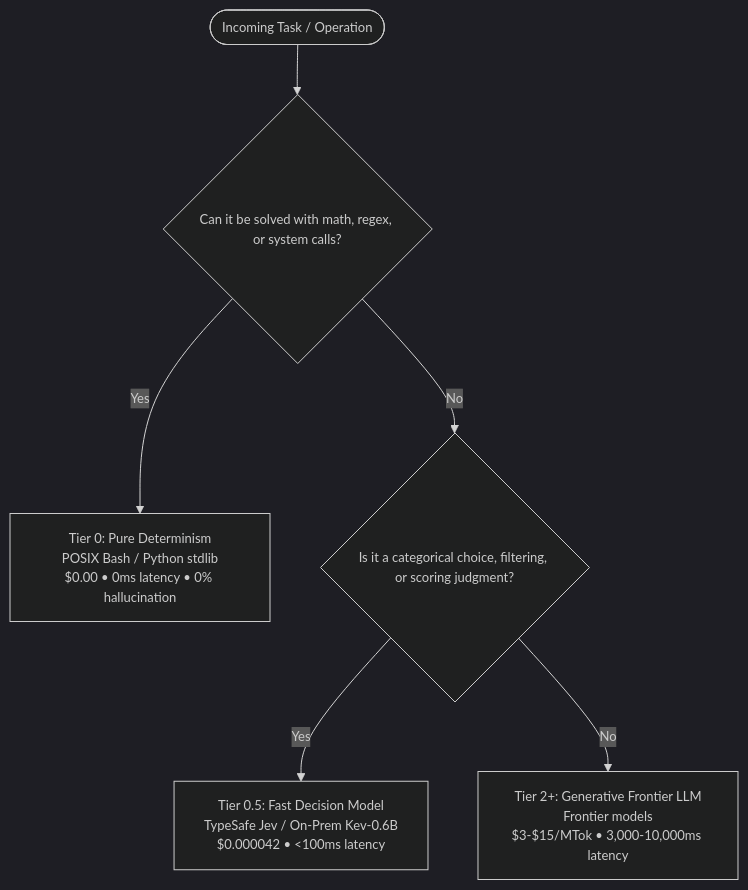
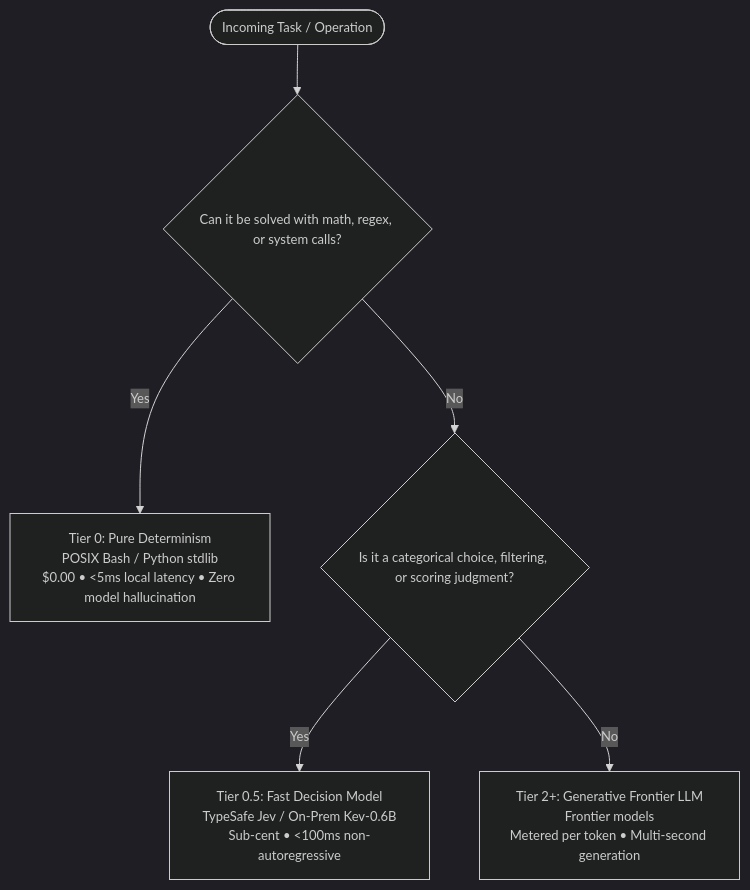
One commit to rodericklm1/determify changed the first of 2 diagrams in README.md. Above: the diagram before and after it, drawn with Mermaid. The commit also changed other lines of this file and 8 other files, not shown here.

First line of the commit message:
feat(scanner): add Python AST inspection, parallel decision triage, and hardened skill

````diff
--- a/README.md
+++ b/README.md
@@ -19,9 +19,9 @@
 ```mermaid
 %%{init: {'theme': 'dark', 'themeVariables': { 'fontSize': '13px' }}}%%
 flowchart TD
     Task([Incoming Task / Operation]) --> T0{Can it be solved with math, regex, or system calls?}
-    T0 -- Yes --> Tier0[Tier 0: Pure Determinism\nPOSIX Bash / Python stdlib\n$0.00 • 0ms latency • 0% hallucination]
+    T0 -- Yes --> Tier0[Tier 0: Pure Determinism\nPOSIX Bash / Python stdlib\n$0.00 • <5ms local latency • Zero model hallucination]
     T0 -- No --> T05{Is it a categorical choice, filtering, or scoring judgment?}
-    T05 -- Yes --> Tier05[Tier 0.5: Fast Decision Model\nTypeSafe Jev / On-Prem Kev-0.6B\n$0.000042 • <100ms latency]
-    T05 -- No --> TierFrontier[Tier 2+: Generative Frontier LLM\nFrontier models\n$3-$15/MTok • 3,000-10,000ms latency]
+    T05 -- Yes --> Tier05[Tier 0.5: Fast Decision Model\nTypeSafe Jev / On-Prem Kev-0.6B\nSub-cent • <100ms non-autoregressive]
+    T05 -- No --> TierFrontier[Tier 2+: Generative Frontier LLM\nFrontier models\nMetered per token • Multi-second generation]
 ```
````
